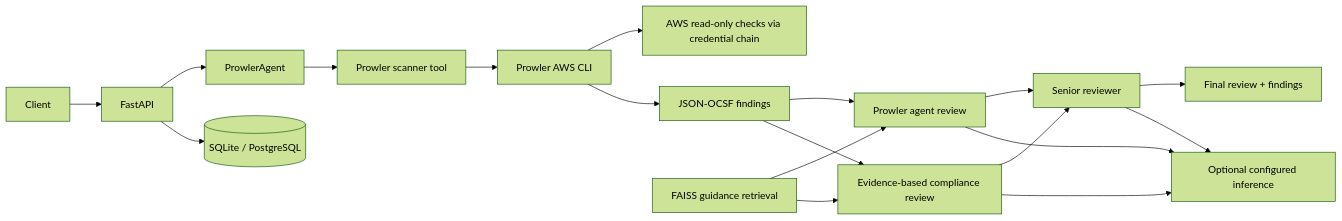
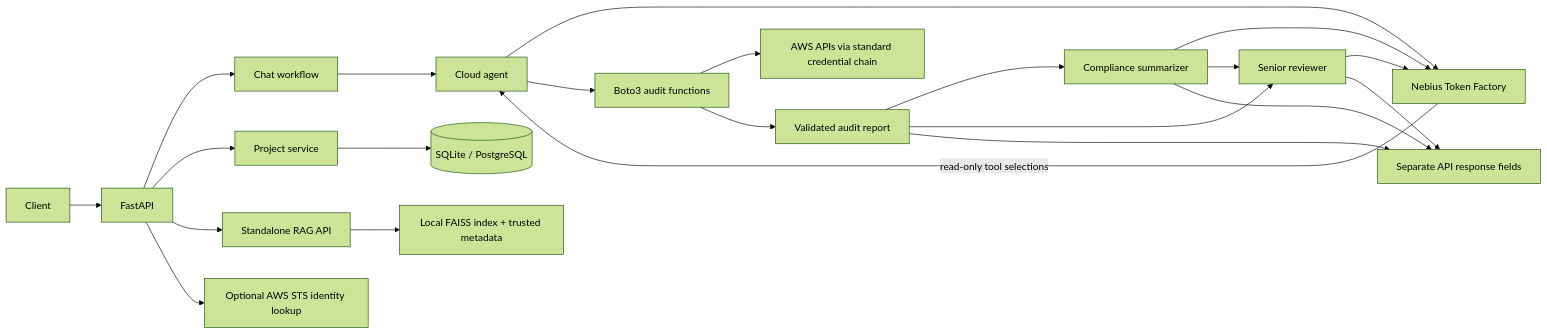
One commit to anubhavbuildz/indra-ai changed the diagram in README.md. Above: the diagram before and after it, drawn with Mermaid (forest theme). The commit also changed other lines of this file and 57 other files, not shown here.

````diff
--- a/README.md
+++ b/README.md
@@ -34,20 +38,24 @@
 ```mermaid
 flowchart LR
-  Client --> FastAPI
-  FastAPI --> ProwlerAgent
-  ProwlerAgent --> Scanner[Prowler scanner tool]
-  Scanner --> CLI[Prowler AWS CLI]
-  CLI --> AWS[AWS read-only checks via credential chain]
-  CLI --> Findings[JSON-OCSF findings]
-  Findings --> ProwlerReview[Prowler agent review]
-  Findings --> Compliance[Evidence-based compliance review]
-  RAG[FAISS guidance retrieval] --> ProwlerReview
-  RAG --> Compliance
-  ProwlerReview --> Senior[Senior reviewer]
-  Compliance --> Senior
-  Senior --> Response[Final review + findings]
-  FastAPI --> Database[(SQLite / PostgreSQL)]
-  ProwlerReview --> NVIDIA[Optional configured inference]
-  Compliance --> NVIDIA
-  Senior --> NVIDIA
+    User[Client] --> API[FastAPI]
+    API --> Chat[Chat workflow]
+    Chat --> Cloud[Cloud agent]
+    Cloud --> Nebius[Nebius Token Factory]
+    Nebius -->|read-only tool selections| Cloud
+    Cloud --> Audit[Boto3 audit functions]
+    Audit --> AWS[AWS APIs via standard credential chain]
+    Audit --> Report[Validated audit report]
+    Report --> Compliance[Compliance summarizer]
+    Compliance --> Nebius
+    Compliance --> Senior[Senior reviewer]
+    Report --> Senior
+    Senior --> Nebius
+    Report --> Response[Separate API response fields]
+    Compliance --> Response
+    Senior --> Response
+    API --> Projects[Project service]
+    Projects --> DB[(SQLite / PostgreSQL)]
+    API --> Retrieval[Standalone RAG API]
+    Retrieval --> FAISS[Local FAISS index + trusted metadata]
+    API --> STS[Optional AWS STS identity lookup]
 ```
````
